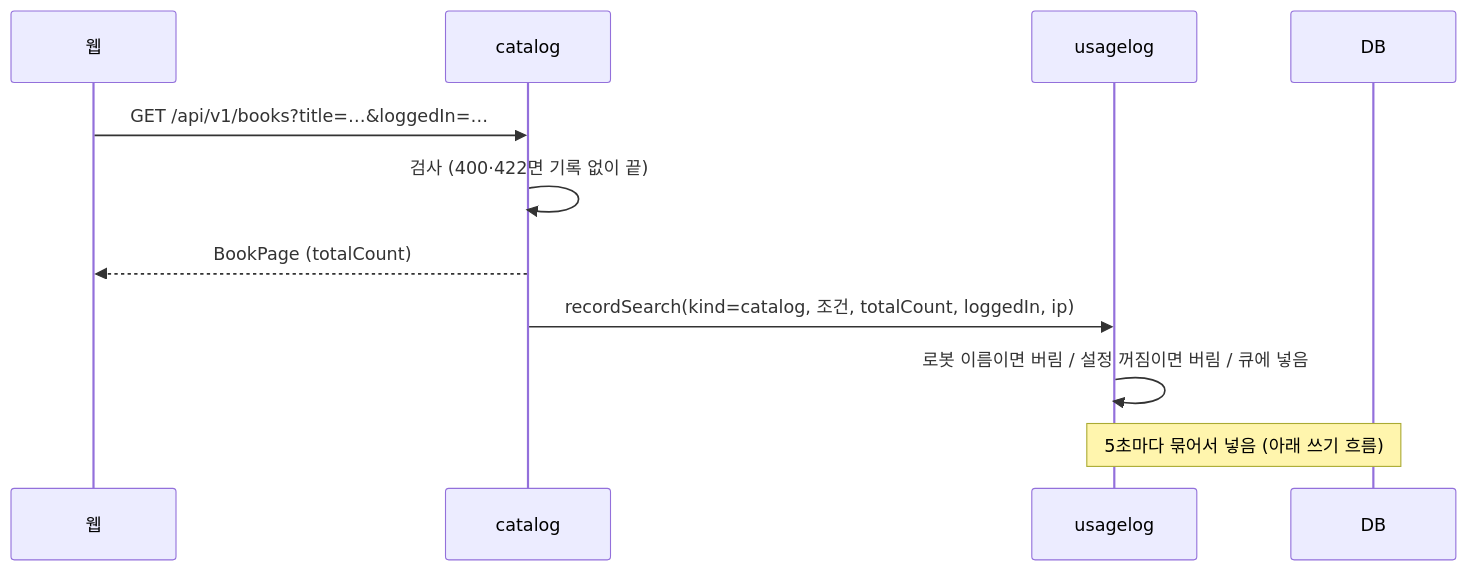
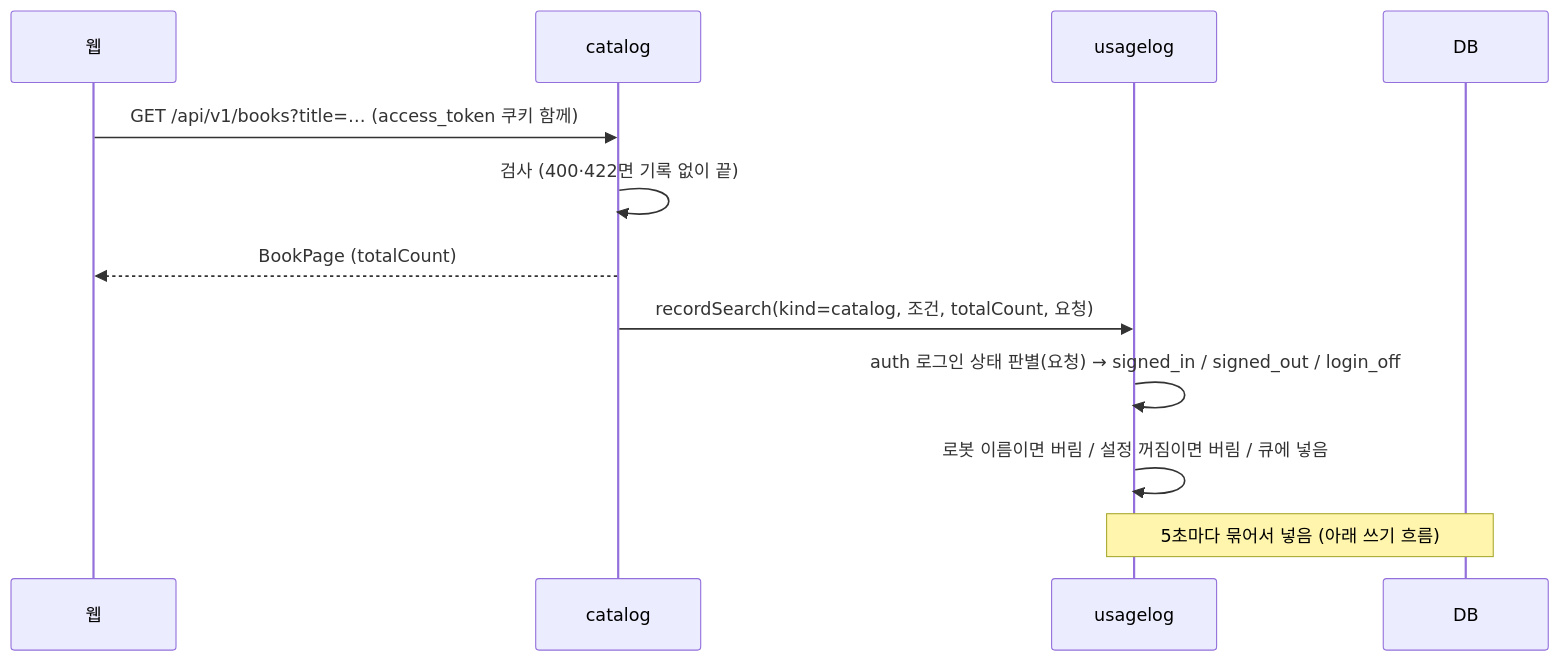
Before and after one commit to hodu-sketch/chaekcheck-plan: the second of 7 diagrams in docs/cycles/15-usage-log/design-delta.md, drawn with Mermaid. The commit also changed other lines of this file and 2 other files, not shown here.

Commit message:
cycle 15: design draft cleaned for server-side login status (no loggedIn param), diagrams redrawn

````diff
--- a/docs/cycles/15-usage-log/design-delta.md
+++ b/docs/cycles/15-usage-log/design-delta.md
@@ -31,13 +32,14 @@
 ```mermaid
 sequenceDiagram
   participant W as 웹
   participant C as catalog
   participant U as usagelog
   participant D as DB
-  W->>C: GET /api/v1/books?title=…&loggedIn=…
+  W->>C: GET /api/v1/books?title=… (access_token 쿠키 함께)
   C->>C: 검사 (400·422면 기록 없이 끝)
   C-->>W: BookPage (totalCount)
-  C->>U: recordSearch(kind=catalog, 조건, totalCount, loggedIn, ip)
+  C->>U: recordSearch(kind=catalog, 조건, totalCount, 요청)
+  U->>U: auth 로그인 상태 판별(요청) → signed_in / signed_out / login_off
   U->>U: 로봇 이름이면 버림 / 설정 꺼짐이면 버림 / 큐에 넣음
   Note over U,D: 5초마다 묶어서 넣음 (아래 쓰기 흐름)
 ```
````
